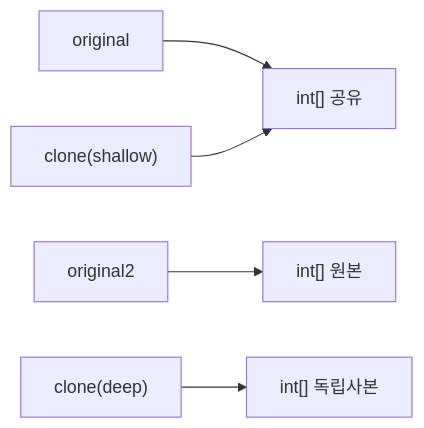
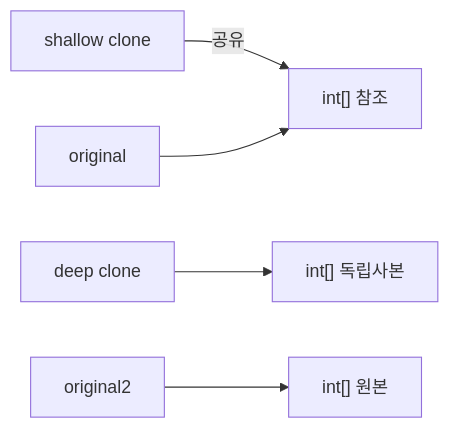
Before and after one commit to yjkim2015/yjkim2015.github.io: the fourth of 6 diagrams in _posts/java/2026-05-01-java-object-class.md, drawn with Mermaid. The commit also changed other lines of this file and 245 other files, not shown here.

First line of the commit message:
Mermaid 다이어그램 전면 수정 + 면접 포인트 접기/펼치기 + DB 데드락 페이지

````diff
--- a/_posts/java/2026-05-01-java-object-class.md
+++ b/_posts/java/2026-05-01-java-object-class.md
@@ -391,7 +389,7 @@
 ```mermaid
 graph LR
-    O1["original"] --> ARR["int[] 공유"]
-    C1["clone(shallow)"] --> ARR
-    O2["original2"] --> ARR2["int[] 원본"]
-    C2["clone(deep)"] --> ARR3["int[] 독립사본"]
+    A["shallow clone"] -->|"공유"| B["int[] 참조"]
+    C["original"] --> B
+    D["deep clone"] --> E["int[] 독립사본"]
+    F["original2"] --> G["int[] 원본"]
 ```
````
